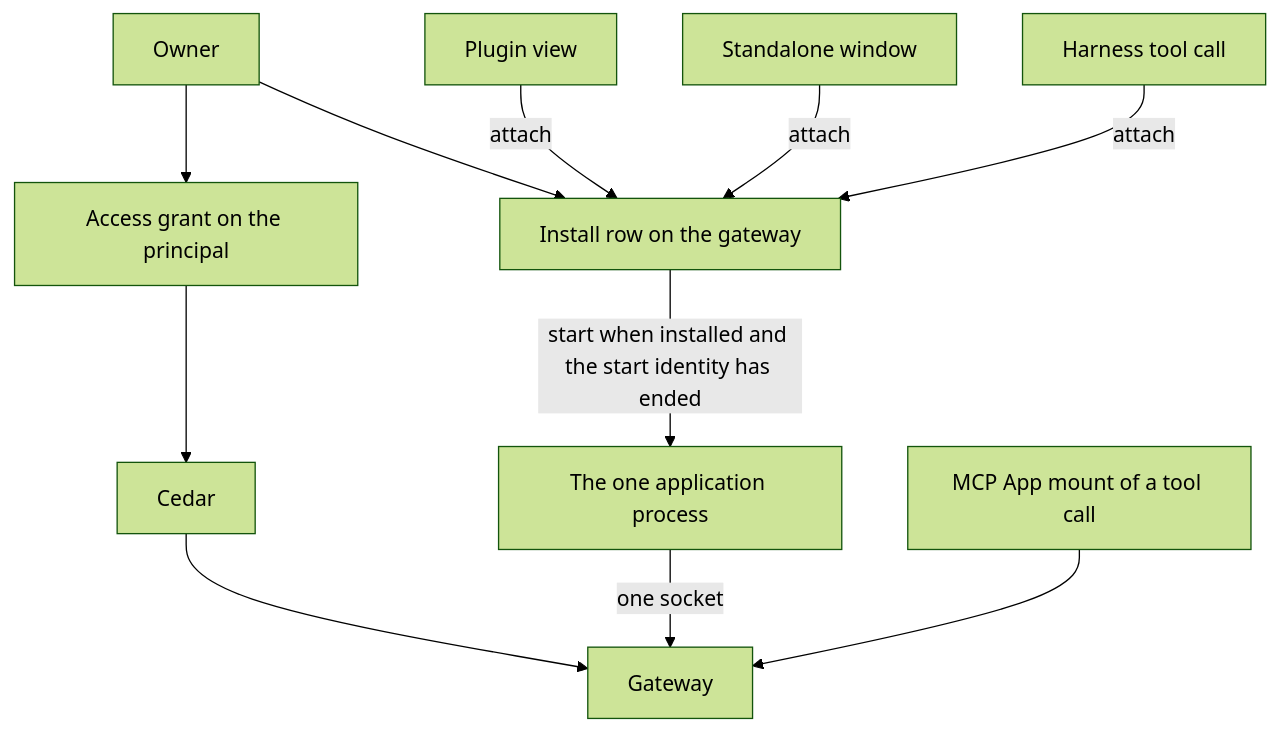
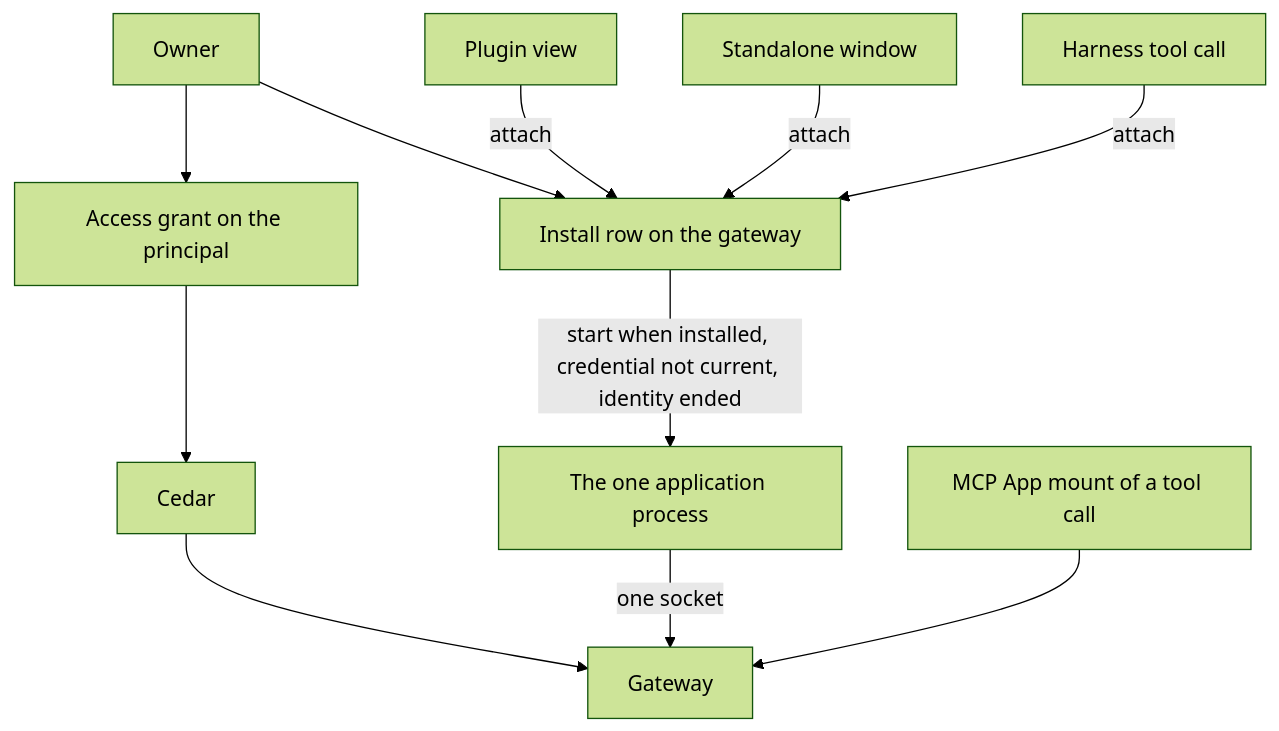
Before and after one commit to nessalabs/nessa-agent: the second of 3 diagrams in docs/design/application-framework.md, drawn with Mermaid (forest theme). The commit also changed other lines of this file, not shown here.

````diff
--- a/docs/design/application-framework.md
+++ b/docs/design/application-framework.md
@@ -175,23 +175,23 @@
 ```mermaid
 flowchart TD
   owner[Owner]
   grant[Access grant on the principal]
   cedar[Cedar]
   row[Install row on the gateway]
   process[The one application process]
   plugin[Plugin view]
   standalone[Standalone window]
   harness[Harness tool call]
   mount[MCP App mount of a tool call]
   gateway[Gateway]
   owner --> grant
   grant --> cedar
   cedar --> gateway
   owner --> row
-  row -->|start when installed and the start identity has ended| process
+  row -->|start when installed, credential not current, identity ended| process
   plugin -->|attach| row
   standalone -->|attach| row
   harness -->|attach| row
   process -->|one socket| gateway
   mount --> gateway
 ```
````
